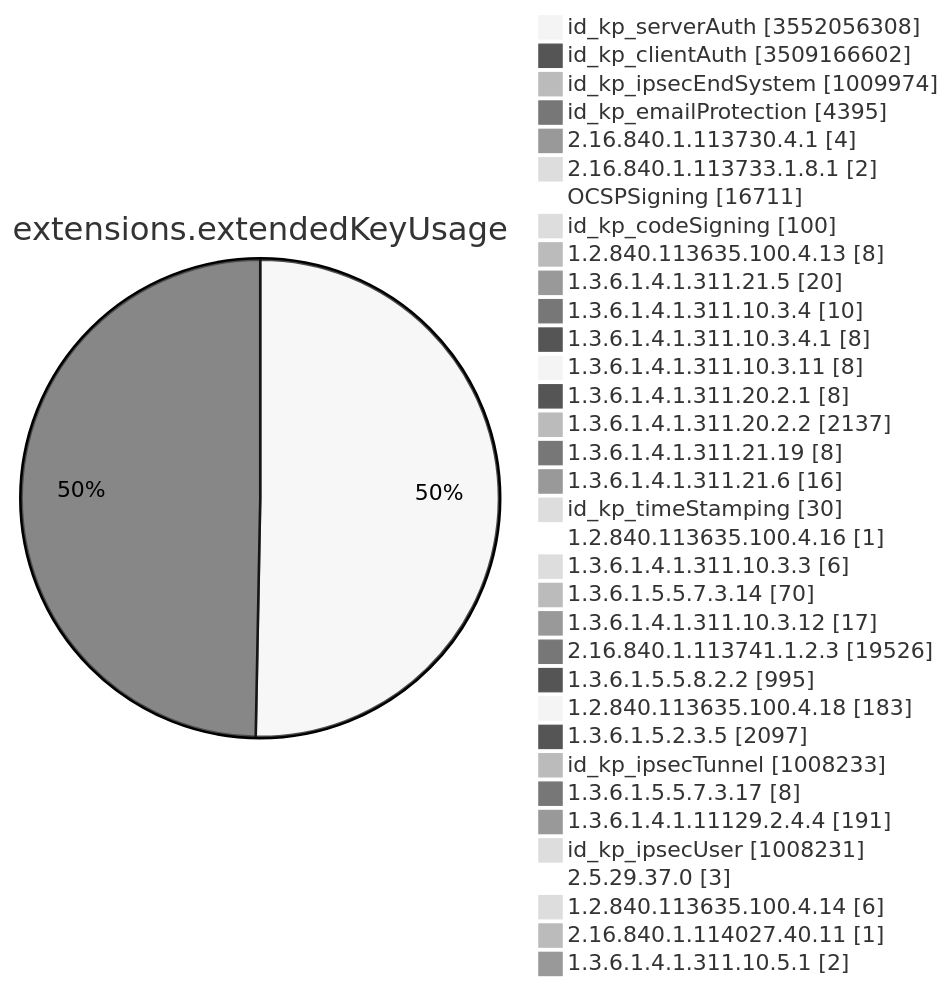
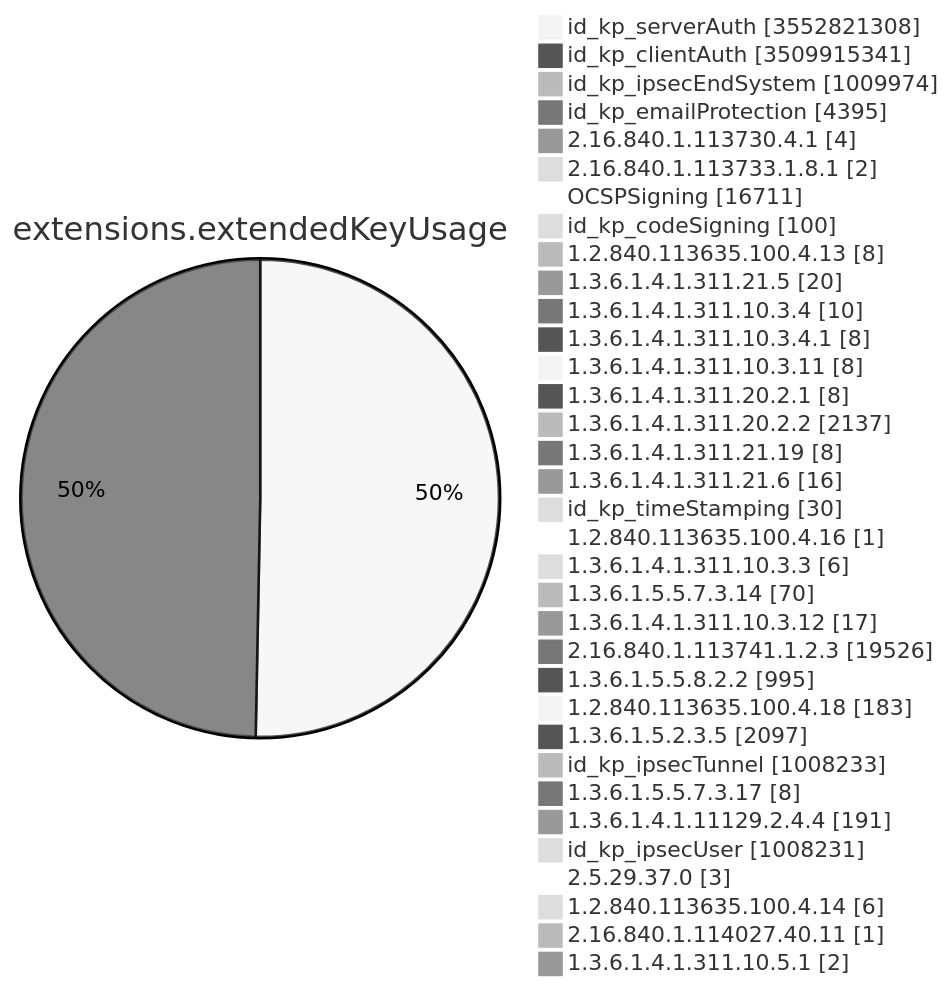
Diagram 11 of 15 in TOTAL/README.md (christiankrug/ctmonitor_visualization), drawn with Mermaid (neutral theme) before and after one commit. The commit also changed other lines of this file, not shown here.

````diff
--- a/TOTAL/README.md
+++ b/TOTAL/README.md
@@ -4127,38 +4127,38 @@
 ```mermaid
 pie showData
 title extensions.extendedKeyUsage
-"id_kp_serverAuth" :3552056308
-"id_kp_clientAuth" :3509166602
+"id_kp_serverAuth" :3552821308
+"id_kp_clientAuth" :3509915341
 "id_kp_ipsecEndSystem" :1009974
 "id_kp_emailProtection" :4395
 "2.16.840.1.113730.4.1" :4
 "2.16.840.1.113733.1.8.1" :2
 "OCSPSigning" :16711
 "id_kp_codeSigning" :100
 "1.2.840.113635.100.4.13" :8
 "1.3.6.1.4.1.311.21.5" :20
 "1.3.6.1.4.1.311.10.3.4" :10
 "1.3.6.1.4.1.311.10.3.4.1" :8
 "1.3.6.1.4.1.311.10.3.11" :8
 "1.3.6.1.4.1.311.20.2.1" :8
 "1.3.6.1.4.1.311.20.2.2" :2137
 "1.3.6.1.4.1.311.21.19" :8
 "1.3.6.1.4.1.311.21.6" :16
 "id_kp_timeStamping" :30
 "1.2.840.113635.100.4.16" :1
 "1.3.6.1.4.1.311.10.3.3" :6
 "1.3.6.1.5.5.7.3.14" :70
 "1.3.6.1.4.1.311.10.3.12" :17
 "2.16.840.1.113741.1.2.3" :19526
 "1.3.6.1.5.5.8.2.2" :995
 "1.2.840.113635.100.4.18" :183
 "1.3.6.1.5.2.3.5" :2097
 "id_kp_ipsecTunnel" :1008233
 "1.3.6.1.5.5.7.3.17" :8
 "1.3.6.1.4.1.11129.2.4.4" :191
 "id_kp_ipsecUser" :1008231
 "2.5.29.37.0" :3
 "1.2.840.113635.100.4.14" :6
 "2.16.840.1.114027.40.11" :1
 "1.3.6.1.4.1.311.10.5.1" :2
 ```
````
